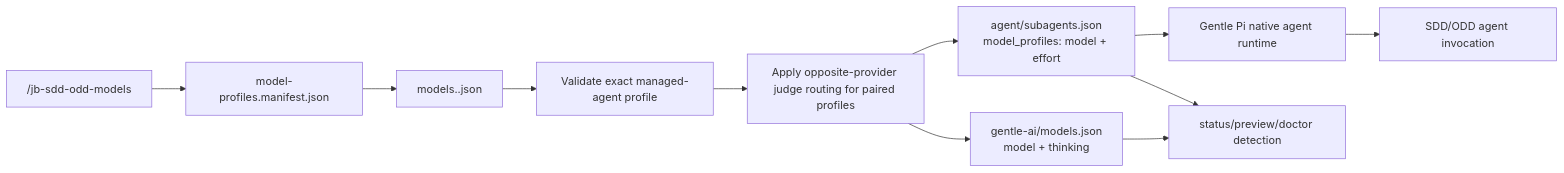
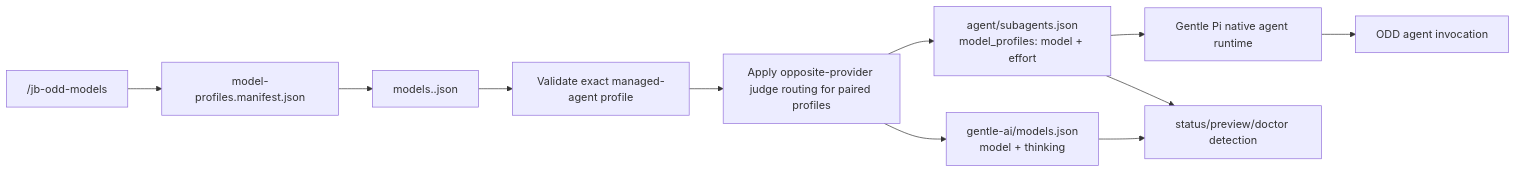
The diagram in MODEL_SWITCHING.md (julianbruno/pioddmodelswitch), drawn with Mermaid before and after one commit. The commit also changed other lines of this file and 41 other files, not shown here.

First line of the commit message:
feat(models)!: migrate selector to ODD-only routing

````diff
--- a/MODEL_SWITCHING.md
+++ b/MODEL_SWITCHING.md
@@ -7,13 +7,13 @@
 ```mermaid
 flowchart LR
-  C["/jb-sdd-odd-models <profile>"] --> M["model-profiles.manifest.json"]
+  C["/jb-odd-models <profile>"] --> M["model-profiles.manifest.json"]
   M --> P["models.<profile>.json"]
   P --> V["Validate exact managed-agent profile"]
   V --> O["Apply opposite-provider judge routing for paired profiles"]
   O --> A["gentle-ai/models.json\nmodel + thinking"]
   O --> R["agent/subagents.json\nmodel_profiles: model + effort"]
   R --> G["Gentle Pi native agent runtime"]
-  G --> S["SDD/ODD agent invocation"]
+  G --> S["ODD agent invocation"]
   A --> T["status/preview/doctor detection"]
   R --> T
 ```
````
